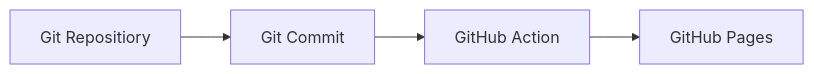
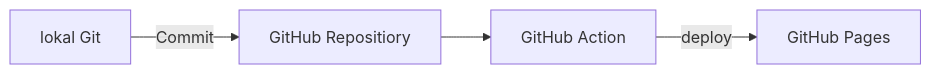
The first of 2 diagrams in docs/concepts/opendata.md (tsolenthaler/docs.contentdesk.io), drawn with Mermaid before and after one commit.

Commit message:
Fix Git repository diagram labels and flow in OpenData Portal documentation

````diff
--- a/docs/concepts/opendata.md
+++ b/docs/concepts/opendata.md
@@ -4,6 +4,6 @@
 ```mermaid
 graph LR;
-    A[Git Repositiory] --> B[Git Commit]
+    A[lokal Git] -->|Commit| B[GitHub Repositiory]
     B --> C[GitHub Action]
-    C --> E[GitHub Pages]
+    C -->|deploy| D[GitHub Pages]
 ```
````
